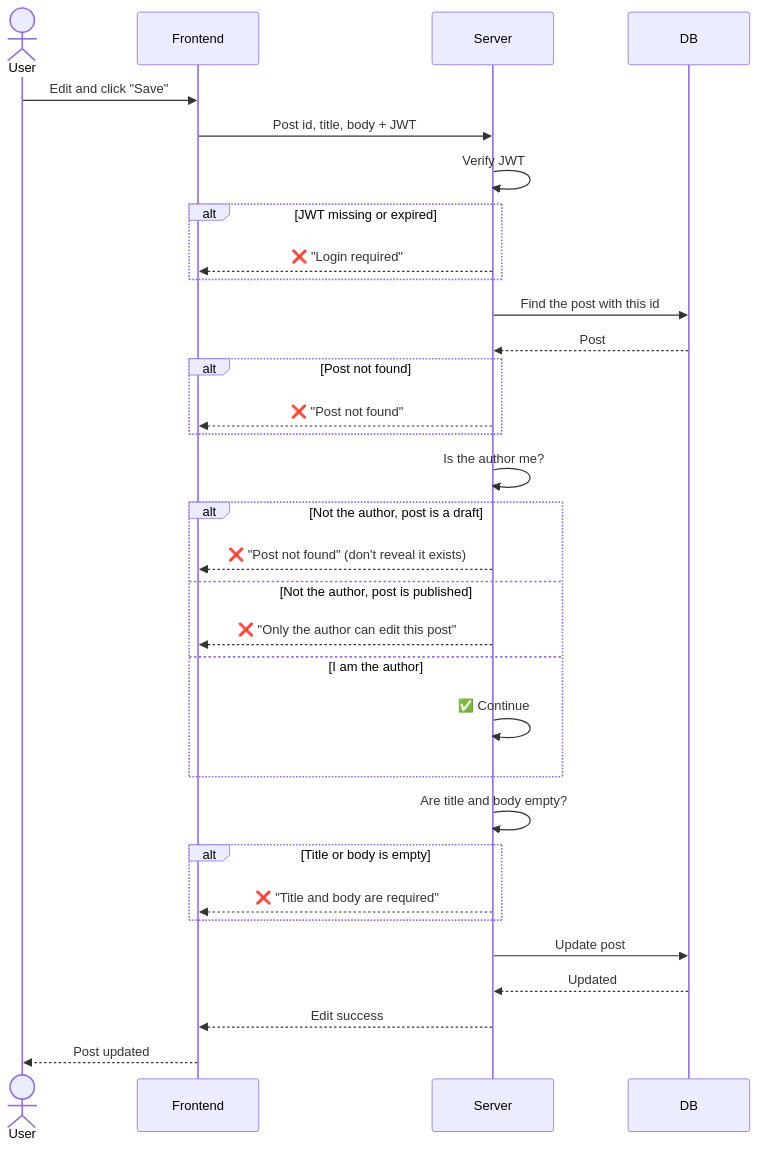
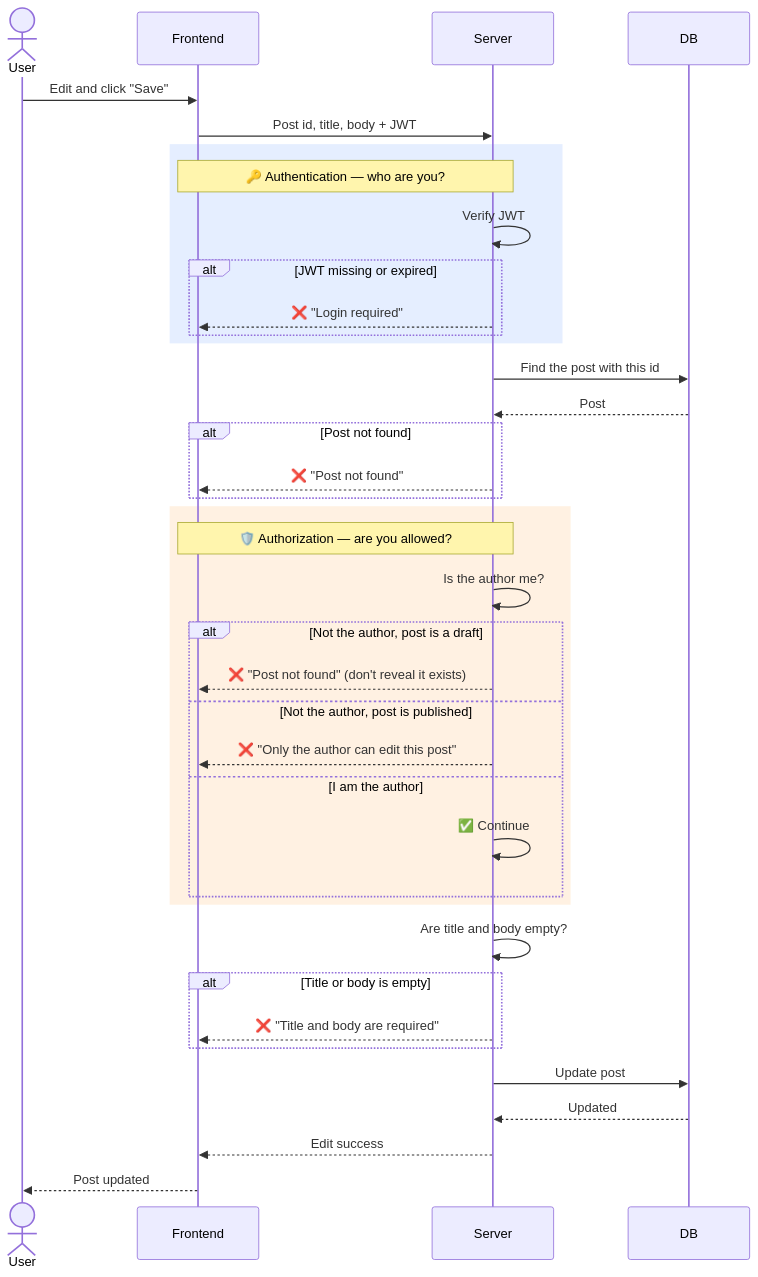
Before and after one commit to yhan0704/blogBackend: the second of 8 diagrams in docs/sequence-diagrams/post.md, drawn with Mermaid. The commit also changed other lines of this file and 1 other file, not shown here.

Commit message:
docs: mark authentication and authorization in post diagrams

````diff
--- a/docs/sequence-diagrams/post.md
+++ b/docs/sequence-diagrams/post.md
@@ -39,35 +50,41 @@
 ```mermaid
 sequenceDiagram
     actor User
     participant Frontend
     participant Server
     participant DB
 
     User->>Frontend: Edit and click "Save"
     Frontend->>Server: Post id, title, body + JWT
-    Server->>Server: Verify JWT
-    alt JWT missing or expired
-        Server-->>Frontend: ❌ "Login required"
+    rect rgba(80, 140, 255, 0.15)
+        Note over Frontend,Server: 🔑 Authentication — who are you?
+        Server->>Server: Verify JWT
+        alt JWT missing or expired
+            Server-->>Frontend: ❌ "Login required"
+        end
     end
     Server->>DB: Find the post with this id
     DB-->>Server: Post
     alt Post not found
         Server-->>Frontend: ❌ "Post not found"
     end
-    Server->>Server: Is the author me?
-    alt Not the author, post is a draft
-        Server-->>Frontend: ❌ "Post not found" (don't reveal it exists)
-    else Not the author, post is published
-        Server-->>Frontend: ❌ "Only the author can edit this post"
-    else I am the author
-        Server->>Server: ✅ Continue
+    rect rgba(255, 160, 60, 0.15)
+        Note over Frontend,Server: 🛡️ Authorization — are you allowed?
+        Server->>Server: Is the author me?
+        alt Not the author, post is a draft
+            Server-->>Frontend: ❌ "Post not found" (don't reveal it exists)
+        else Not the author, post is published
+            Server-->>Frontend: ❌ "Only the author can edit this post"
+        else I am the author
+            Server->>Server: ✅ Continue
+        end
     end
     Server->>Server: Are title and body empty?
     alt Title or body is empty
         Server-->>Frontend: ❌ "Title and body are required"
     end
     Server->>DB: Update post
     DB-->>Server: Updated
     Server-->>Frontend: Edit success
     Frontend-->>User: Post updated
 ```
````
